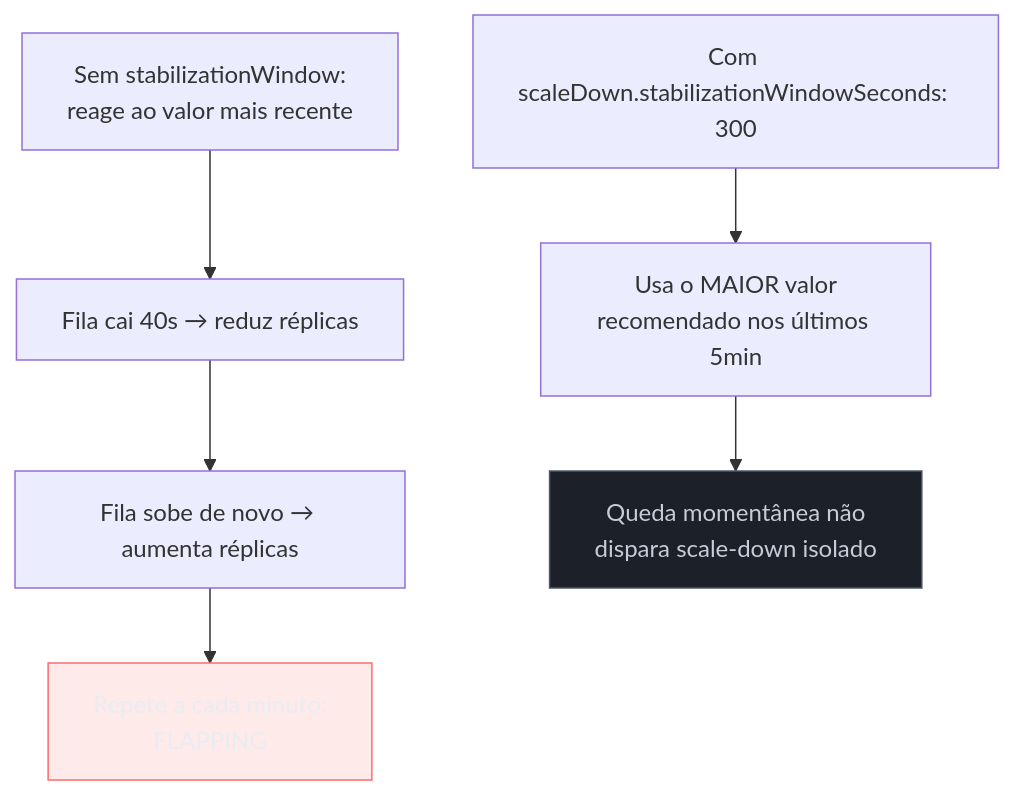
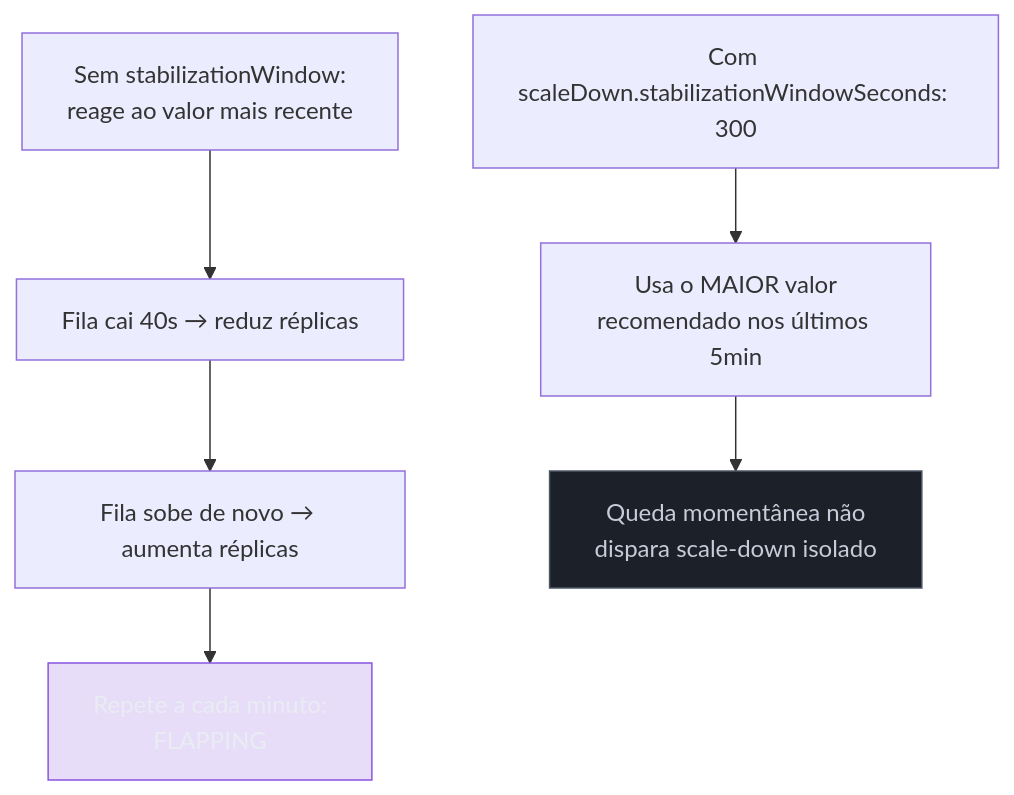
Before and after one commit to josenaldo/codex-technomanticus: the fourth of 4 diagrams in 03-Dominios/Tecnologia/Python/Cloud-native e produção/05 - Autoscaling — HPA baseado em métrica.md, drawn with Mermaid. The commit also changed 601 other files, not shown here.

````diff
--- a/03-Dominios/Tecnologia/Python/Cloud-native e produção/05 - Autoscaling — HPA baseado em métrica.md
+++ b/03-Dominios/Tecnologia/Python/Cloud-native e produção/05 - Autoscaling — HPA baseado em métrica.md
@@ -286,14 +286,14 @@
 ```mermaid
 graph TD
-    classDef falha fill:#FF6B6B24,stroke:#FF6B6B,color:#E9ECF2
+    classDef marca fill:#8855DF33,stroke:#8855DF,color:#E9ECF2
     classDef neutro fill:#1B2029,stroke:#4E5666,color:#C6CCD8
     SEM["Sem stabilizationWindow:<br/>reage ao valor mais recente"] --> F1["Fila cai 40s → reduz réplicas"]
     F1 --> F2["Fila sobe de novo → aumenta réplicas"]
     F2 --> F3["Repete a cada minuto:<br/>FLAPPING"]
 
     COM["Com scaleDown.stabilizationWindowSeconds: 300"] --> J["Usa o MAIOR valor<br/>recomendado nos últimos 5min"]
     J --> ESTAVEL["Queda momentânea não<br/>dispara scale-down isolado"]
 
-    class F3 falha
+    class F3 marca
     class ESTAVEL neutro
 ```
````
